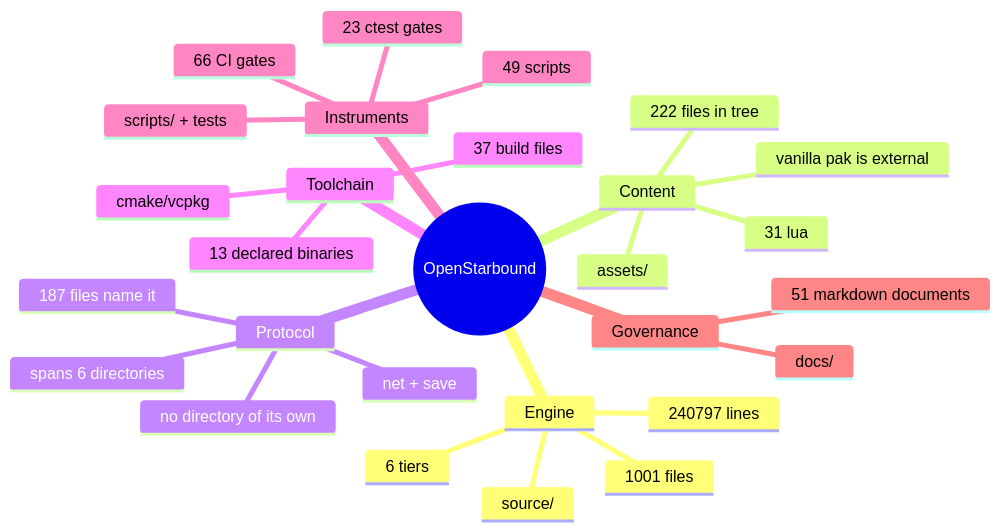
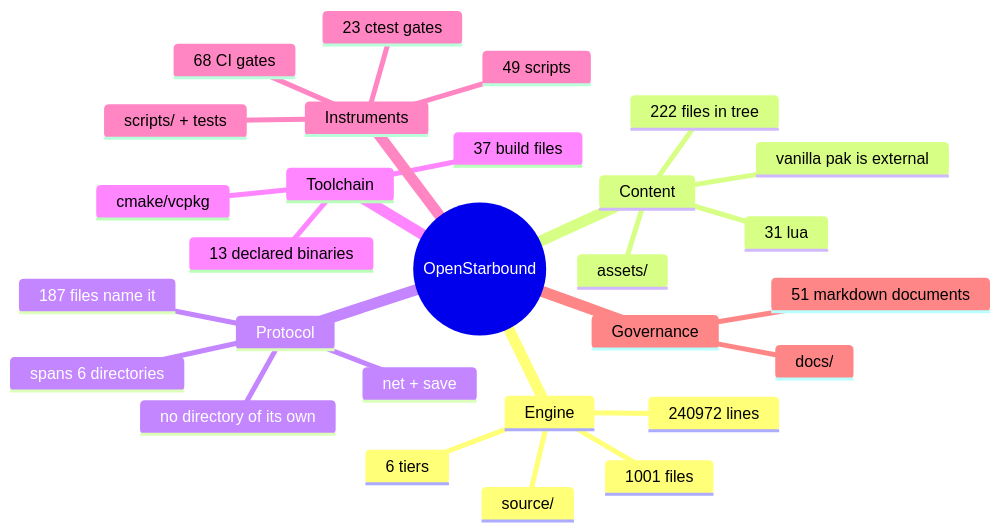
One commit to apnex/OpenStarbound changed the second of 11 diagrams in docs/architecture/system-boundaries.md. Above: the diagram before and after it, drawn with Mermaid. The commit also changed other lines of this file and 6 other files, not shown here.

````diff
--- a/docs/architecture/system-boundaries.md
+++ b/docs/architecture/system-boundaries.md
@@ -166,31 +166,31 @@
 ```mermaid
 mindmap
   root((OpenStarbound))
     Engine
       source/
       1001 files
-      240797 lines
+      240972 lines
       6 tiers
     Content
       assets/
       222 files in tree
       31 lua
       vanilla pak is external
     Protocol
       net + save
       187 files name it
       spans 6 directories
       no directory of its own
     Toolchain
       cmake/vcpkg
       37 build files
       13 declared binaries
     Instruments
       scripts/ + tests
       49 scripts
       23 ctest gates
-      66 CI gates
+      68 CI gates
     Governance
       docs/
       51 markdown documents
 ```
````
